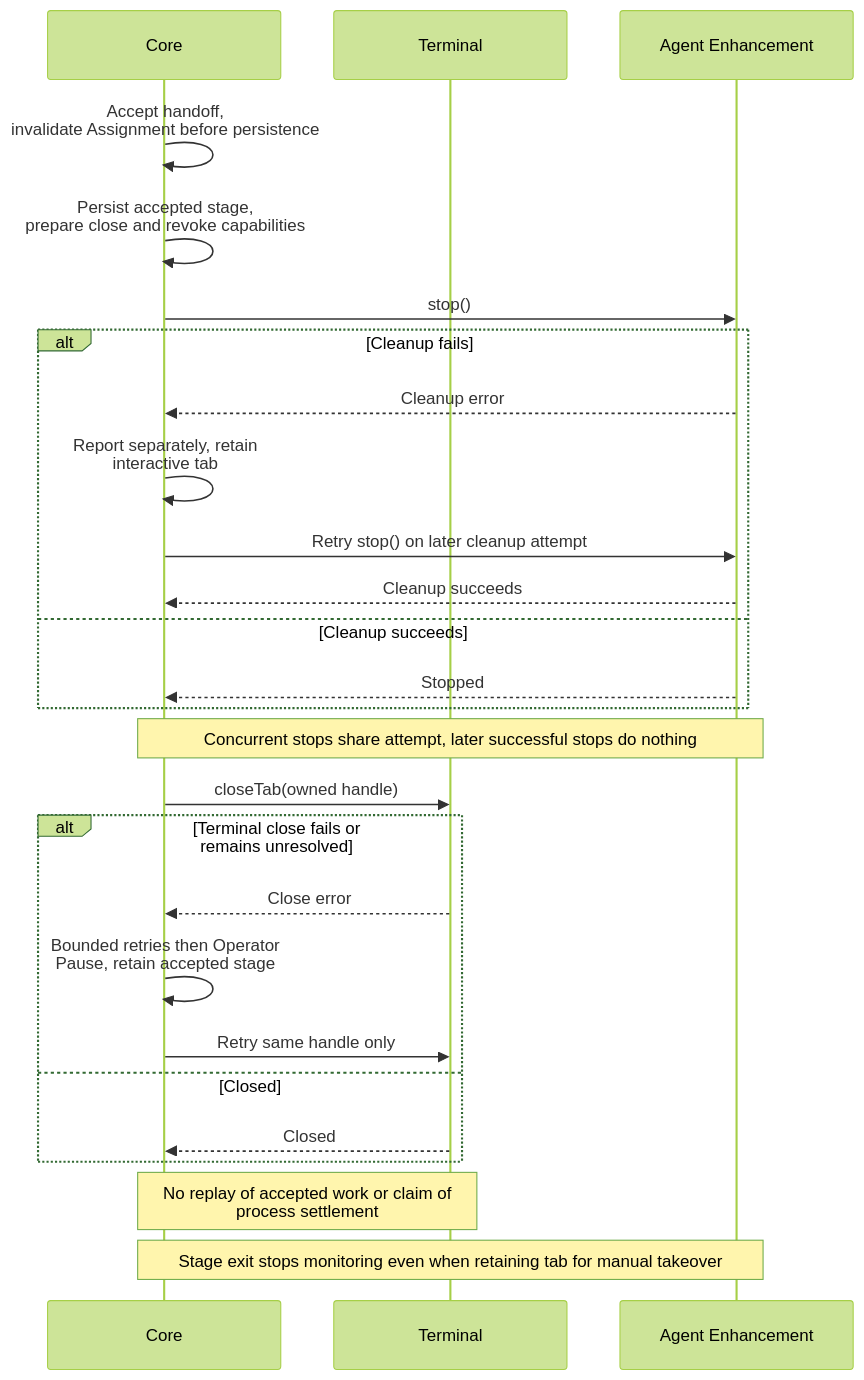
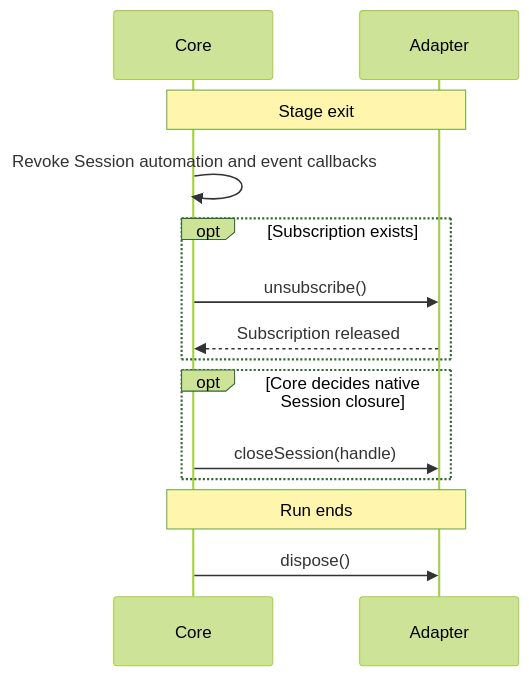
The fifth of 5 diagrams in docs/terminal-contract.md (BuddyLabsCo/issue-runner-core), drawn with Mermaid (forest theme) before and after one commit. The commit also changed other lines of this file and 2 other files, not shown here.

Commit message:
docs: establish unified adapter and control contract

````diff
--- a/docs/terminal-contract.md
+++ b/docs/terminal-contract.md
@@ -324,29 +294,16 @@
 ```mermaid
-%%{init: {"sequence": {"width": 220, "wrap": true}}}%%
 sequenceDiagram
     participant Core
-    participant Terminal
-    participant Enhancement as Agent Enhancement
-    Core->>Core: Accept handoff,<br/>invalidate Assignment before persistence
-    Core->>Core: Persist accepted stage,<br/>prepare close and revoke capabilities
-    Core->>Enhancement: stop()
-    alt Cleanup fails
-        Enhancement-->>Core: Cleanup error
-        Core->>Core: Report separately, retain interactive tab
-        Core->>Enhancement: Retry stop() on later cleanup attempt
-        Enhancement-->>Core: Cleanup succeeds
-    else Cleanup succeeds
-        Enhancement-->>Core: Stopped
+    participant Adapter
+    Note over Core,Adapter: Stage exit
+    Core->>Core: Revoke Session automation and event callbacks
+    opt Subscription exists
+        Core->>Adapter: unsubscribe()
+        Adapter-->>Core: Subscription released
     end
-    Note over Core,Enhancement: Concurrent stops share attempt, later successful stops do nothing
-    Core->>Terminal: closeTab(owned handle)
-    alt Terminal close fails or remains unresolved
-        Terminal-->>Core: Close error
-        Core->>Core: Bounded retries then Operator Pause, retain accepted stage
-        Core->>Terminal: Retry same handle only
-    else Closed
-        Terminal-->>Core: Closed
+    opt Core decides native Session closure
+        Core->>Adapter: closeSession(handle)
     end
-    Note over Core,Terminal: No replay of accepted work or claim of process settlement
-    Note over Core,Enhancement: Stage exit stops monitoring even when retaining tab for manual takeover
+    Note over Core,Adapter: Run ends
+    Core->>Adapter: dispose()
 ```
````
